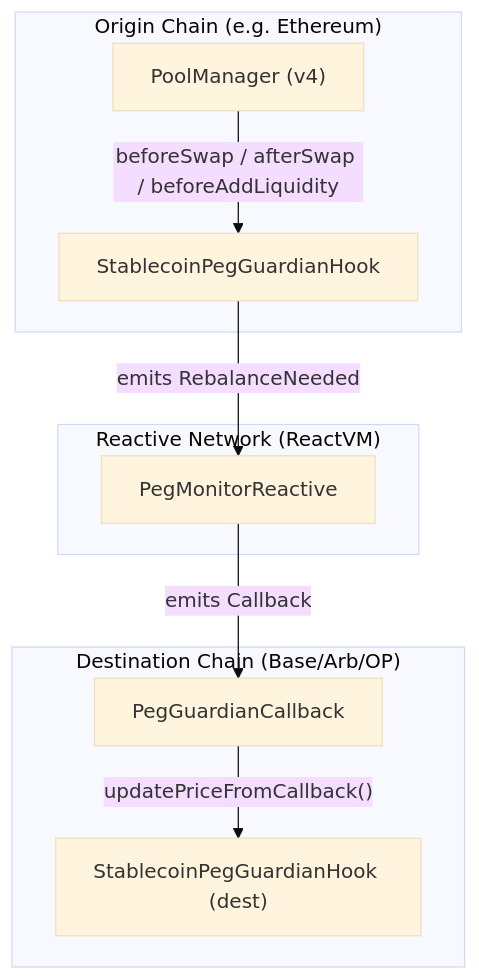
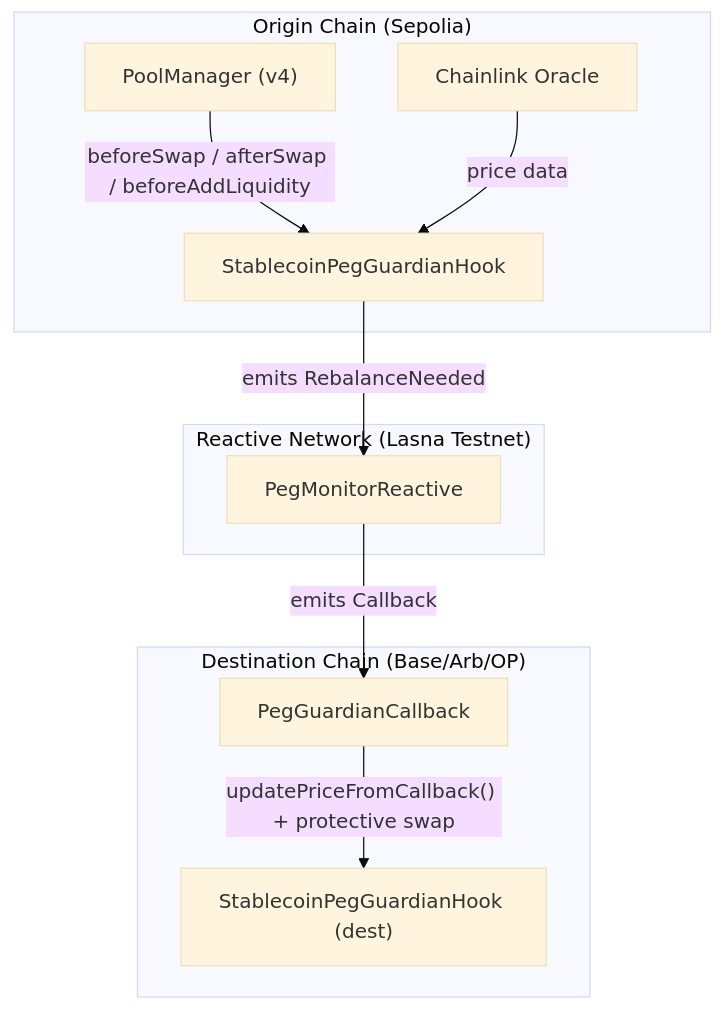
Before and after one commit to zachyo/aegis-hook: the diagram in README.md, drawn with Mermaid (base theme). The commit also changed other lines of this file and 25 other files, not shown here.

````diff
--- a/README.md
+++ b/README.md
@@ -17,21 +16,23 @@
 ```mermaid
 graph TB
-    subgraph "Origin Chain (e.g. Ethereum)"
+    subgraph "Origin Chain (Sepolia)"
         PM["PoolManager (v4)"]
         H["StablecoinPegGuardianHook"]
+        CL["Chainlink Oracle"]
         PM -->|"beforeSwap / afterSwap / beforeAddLiquidity"| H
+        CL -->|"price data"| H
     end
 
-    subgraph "Reactive Network (ReactVM)"
+    subgraph "Reactive Network (Lasna Testnet)"
         R["PegMonitorReactive"]
     end
 
     subgraph "Destination Chain (Base/Arb/OP)"
         CB["PegGuardianCallback"]
         H2["StablecoinPegGuardianHook (dest)"]
-        CB -->|"updatePriceFromCallback()"| H2
+        CB -->|"updatePriceFromCallback() + protective swap"| H2
     end
 
     H -->|"emits RebalanceNeeded"| R
     R -->|"emits Callback"| CB
 ```
````
